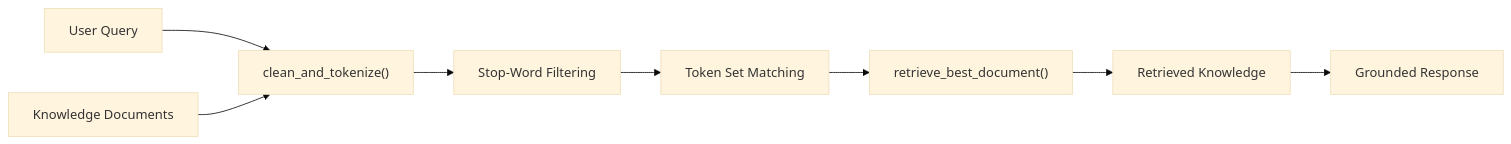
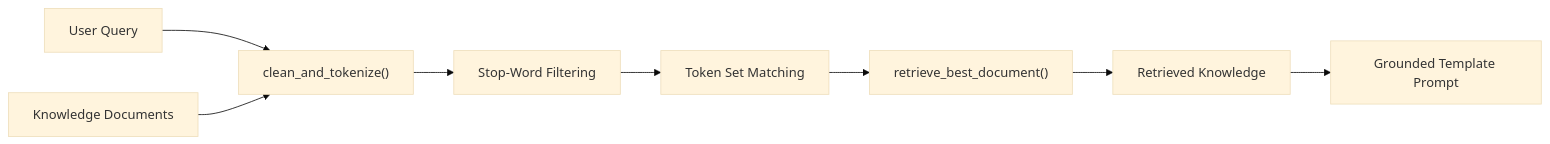
The first of 2 diagrams in README.md (inoy-252/smart-librarian-rag), drawn with Mermaid (base theme) before and after one commit. The commit also changed other lines of this file and 3 other files, not shown here.

````diff
--- a/README.md
+++ b/README.md
@@ -31,10 +33,10 @@
 ```mermaid
 flowchart LR
     A["User Query"] --> B["clean_and_tokenize()"]
     B --> C["Stop-Word Filtering"]
     C --> D["Token Set Matching"]
     E["Knowledge Documents"] --> B
     D --> F["retrieve_best_document()"]
     F --> G["Retrieved Knowledge"]
-    G --> H["Grounded Response"]
+    G --> H["Grounded Template Prompt"]
 ```
````
